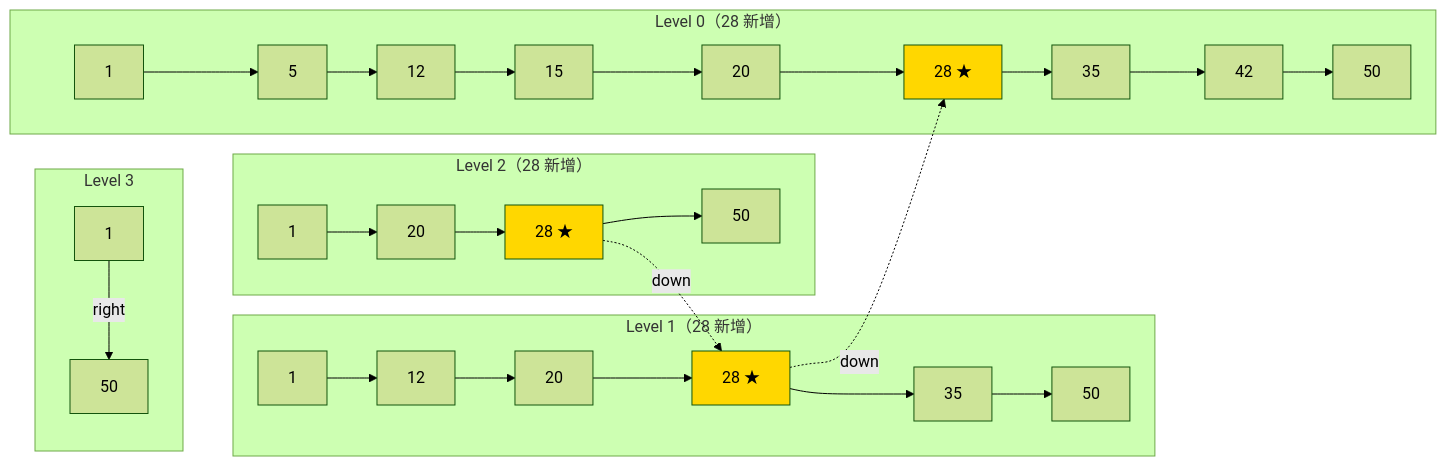
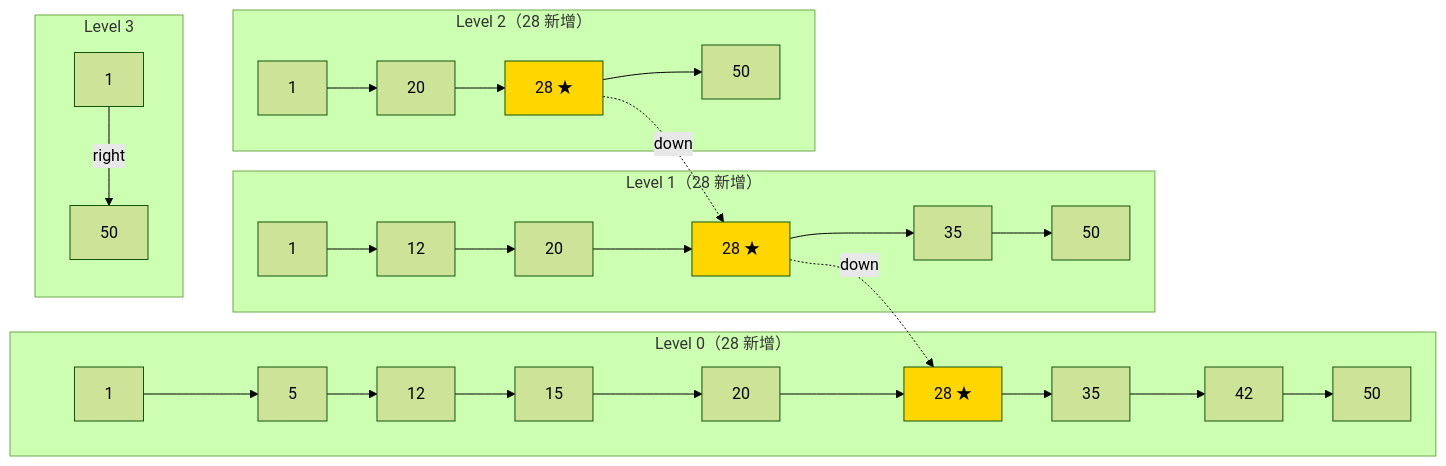
One commit to LiPingjiang/Full-Stack-Knowledge-Book changed the third of 7 diagrams in part3-java-deep/A1-核心数据结构原理.md. Above: the diagram before and after it, drawn with Mermaid (forest theme). The commit also changed other lines of this file, not shown here.

First line of the commit message:
docs(A1): 修正mermaid subgraph声明顺序，Level 3在顶部Level 0在底部

````diff
--- a/part3-java-deep/A1-核心数据结构原理.md
+++ b/part3-java-deep/A1-核心数据结构原理.md
@@ -101,22 +101,22 @@
 ```mermaid
 graph LR
-    subgraph "Level 3"
-        I3_1["1"] -->|right| I3_50["50"]
+    subgraph "Level 0（28 新增）"
+        I0_1["1"] --> I0_5["5"] --> I0_12["12"] --> I0_15["15"] --> I0_20["20"] --> I0_28["28 ★"] --> I0_35["35"] --> I0_42["42"] --> I0_50["50"]
+    end
+    subgraph "Level 1（28 新增）"
+        I1_1["1"] --> I1_12["12"] --> I1_20["20"] --> I1_28["28 ★"] --> I1_35["35"] --> I1_50["50"]
     end
     subgraph "Level 2（28 新增）"
         I2_1["1"] --> I2_20["20"] --> I2_28["28 ★"] --> I2_50["50"]
     end
-    subgraph "Level 1（28 新增）"
-        I1_1["1"] --> I1_12["12"] --> I1_20["20"] --> I1_28["28 ★"] --> I1_35["35"] --> I1_50["50"]
-    end
-    subgraph "Level 0（28 新增）"
-        I0_1["1"] --> I0_5["5"] --> I0_12["12"] --> I0_15["15"] --> I0_20["20"] --> I0_28["28 ★"] --> I0_35["35"] --> I0_42["42"] --> I0_50["50"]
+    subgraph "Level 3"
+        I3_1["1"] -->|right| I3_50["50"]
     end
 
     I2_28 -.->|down| I1_28
     I1_28 -.->|down| I0_28
 
     style I2_28 fill:#FFD700
     style I1_28 fill:#FFD700
     style I0_28 fill:#FFD700
 ```
````
